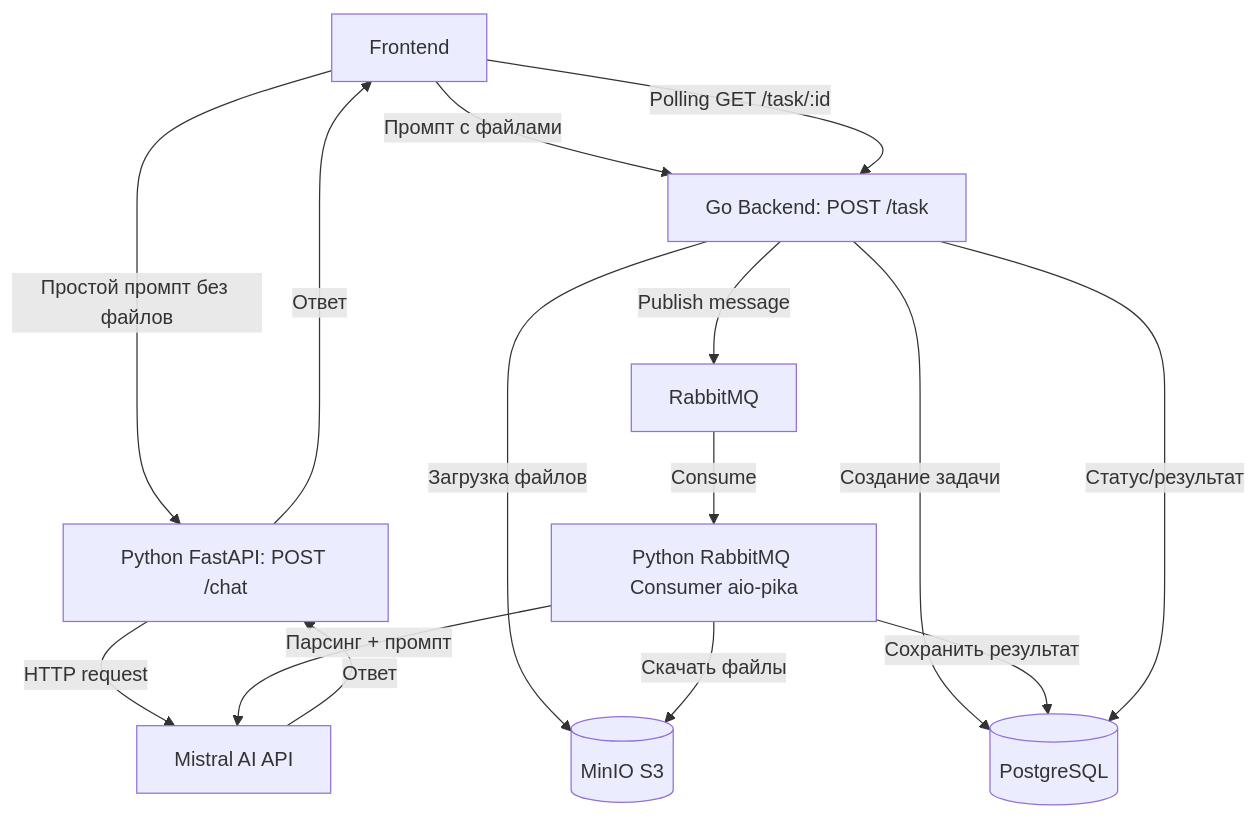
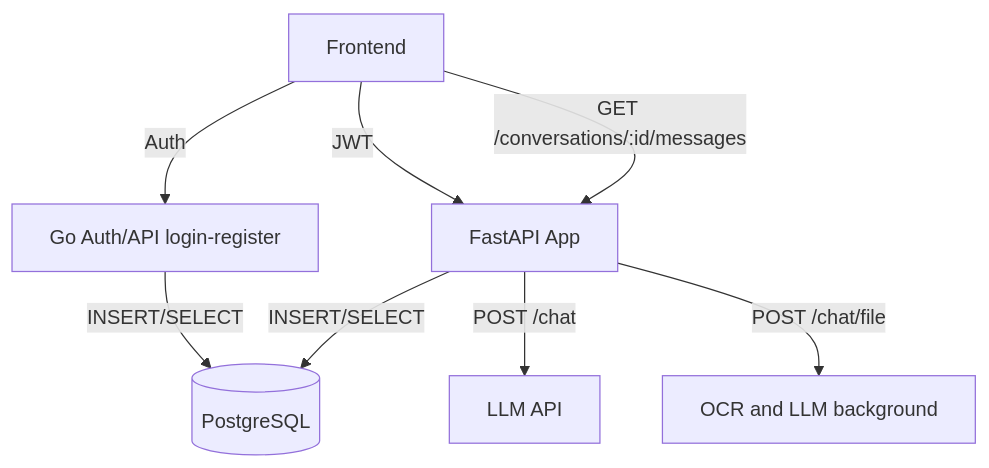
Before and after one commit to AlibekovAA/copilot-application: the diagram in README.md, drawn with Mermaid. The commit also changed other lines of this file and 18 other files, not shown here.

````diff
--- a/README.md
+++ b/README.md
@@ -3,21 +7,10 @@
 ```mermaid
 graph TD
-    A[Frontend] -->|Простой промпт без файлов| P[Python FastAPI: POST /chat]
-    A -->|Промпт с файлами| G[Go Backend: POST /task]
-
-    P -->|HTTP request| M[Mistral AI API]
-    M -->|Ответ| P
-    P -->|Ответ| A
-
-    G -->|Загрузка файлов| S[(MinIO S3)]
-    G -->|Создание задачи| D[(PostgreSQL)]
-    G -->|Publish message| R[RabbitMQ]
-
-    R -->|Consume| W[Python RabbitMQ Consumer aio-pika]
-    W -->|Скачать файлы| S
-    W -->|Парсинг + промпт| M
-    W -->|Сохранить результат| D
-
-    A -->|Polling GET /task/:id| G
-    G -->|Статус/результат| D
+  A[Frontend] -->|Auth| G[Go Auth/API login-register]
+  A -->|JWT| F[FastAPI App]
+  G --> |INSERT/SELECT| D[(PostgreSQL)]
+  F -->|POST /chat| L[LLM API]
+  F -->|POST /chat/file| T[OCR and LLM background]
+  F -->|INSERT/SELECT| D[(PostgreSQL)]
+  A -->|GET /conversations/:id/messages| F
 ```
````
